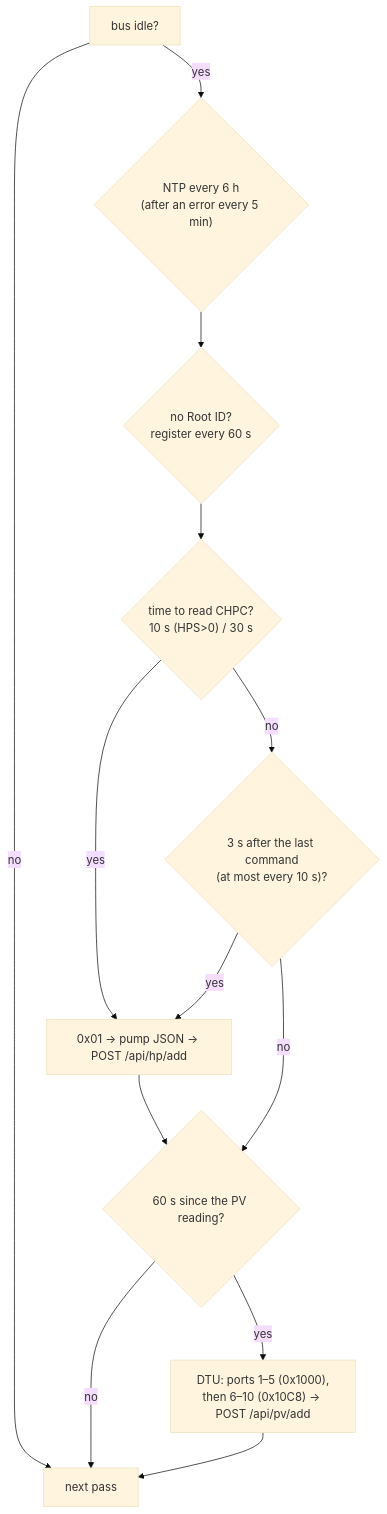
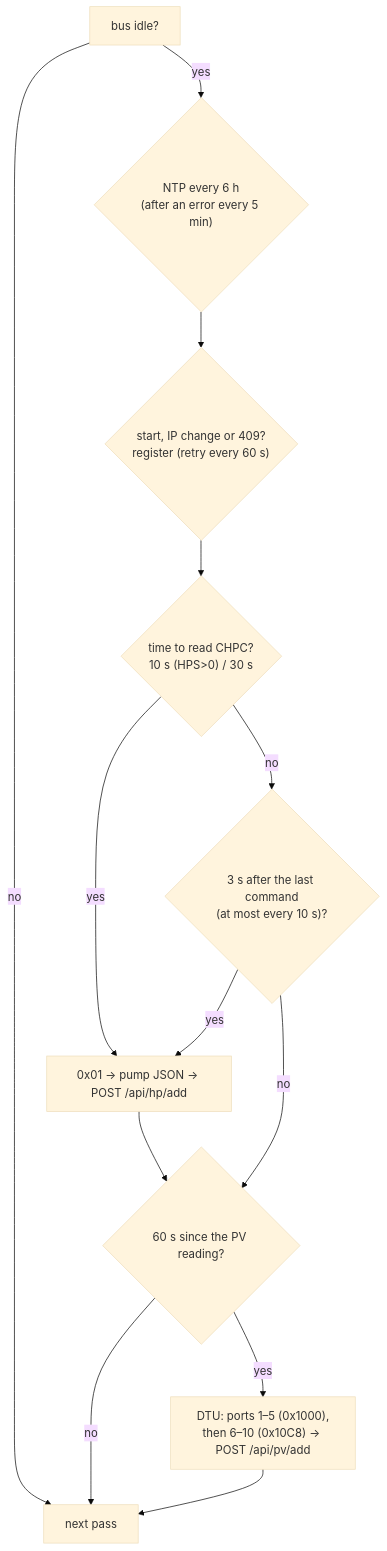
The second of 6 diagrams in devices/co/docs/en/2-how-it-works.md (robertorlowski/chpc-web), drawn with Mermaid (base theme) before and after one commit. The commit also changed other lines of this file and 30 other files, not shown here.

````diff
--- a/devices/co/docs/en/2-how-it-works.md
+++ b/devices/co/docs/en/2-how-it-works.md
@@ -36,15 +36,15 @@
 ```mermaid
 flowchart TD
     A["bus idle?"] -- no --> Z["next pass"]
     A -- yes --> NTP{"NTP every 6 h<br/>(after an error every 5 min)"}
-    NTP --> REG{"no Root ID?<br/>register every 60 s"}
+    NTP --> REG{"start, IP change or 409?<br/>register (retry every 60 s)"}
     REG --> HP{"time to read CHPC?<br/>10 s (HPS>0) / 30 s"}
     HP -- yes --> R1["0x01 → pump JSON → POST /api/hp/add"]
     HP -- no --> FAST{"3 s after the last command<br/>(at most every 10 s)?"}
     FAST -- yes --> R1
     R1 --> PV{"60 s since the PV reading?"}
     FAST -- no --> PV
     PV -- yes --> R2["DTU: ports 1–5 (0x1000),<br/>then 6–10 (0x10C8) → POST /api/pv/add"]
     PV -- no --> Z
     R2 --> Z
 ```
````
